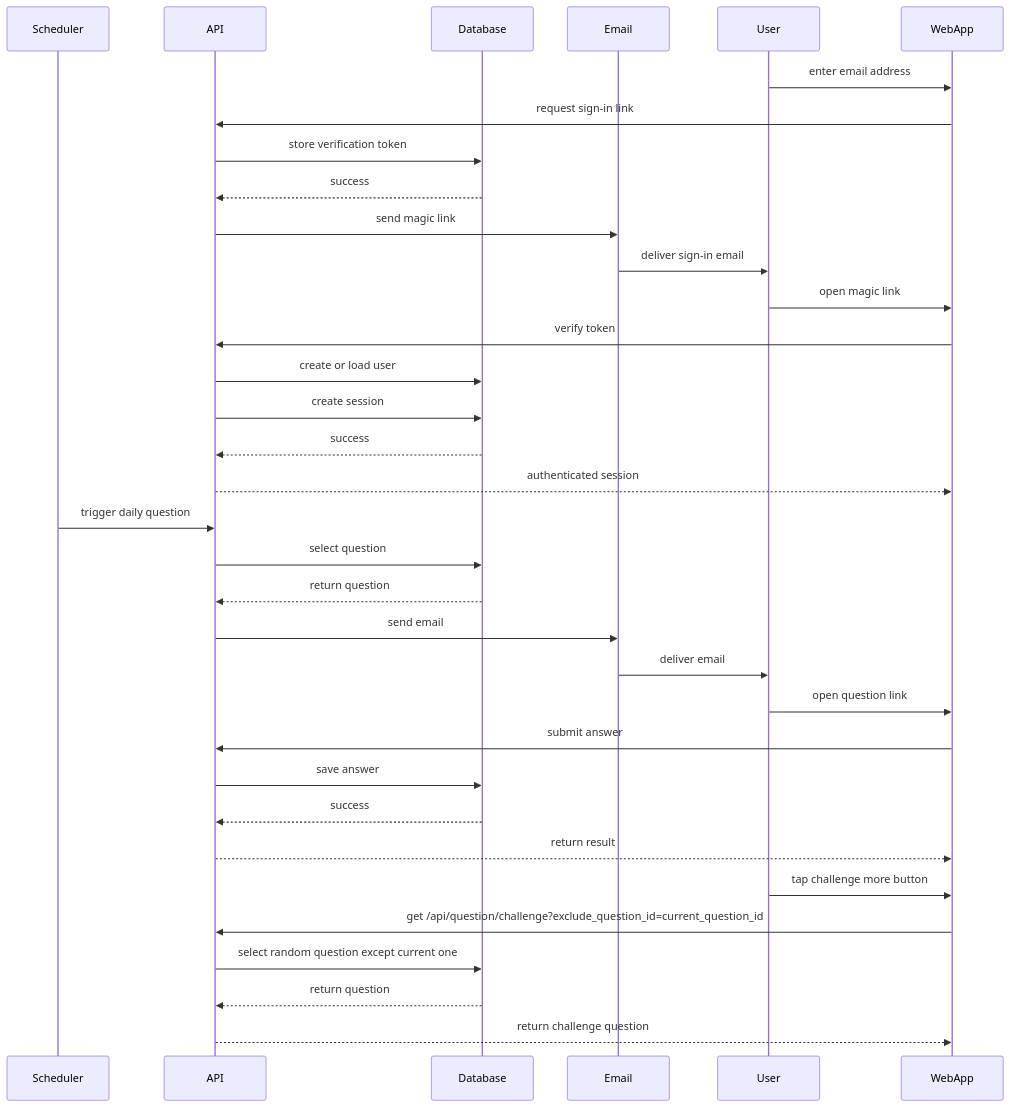
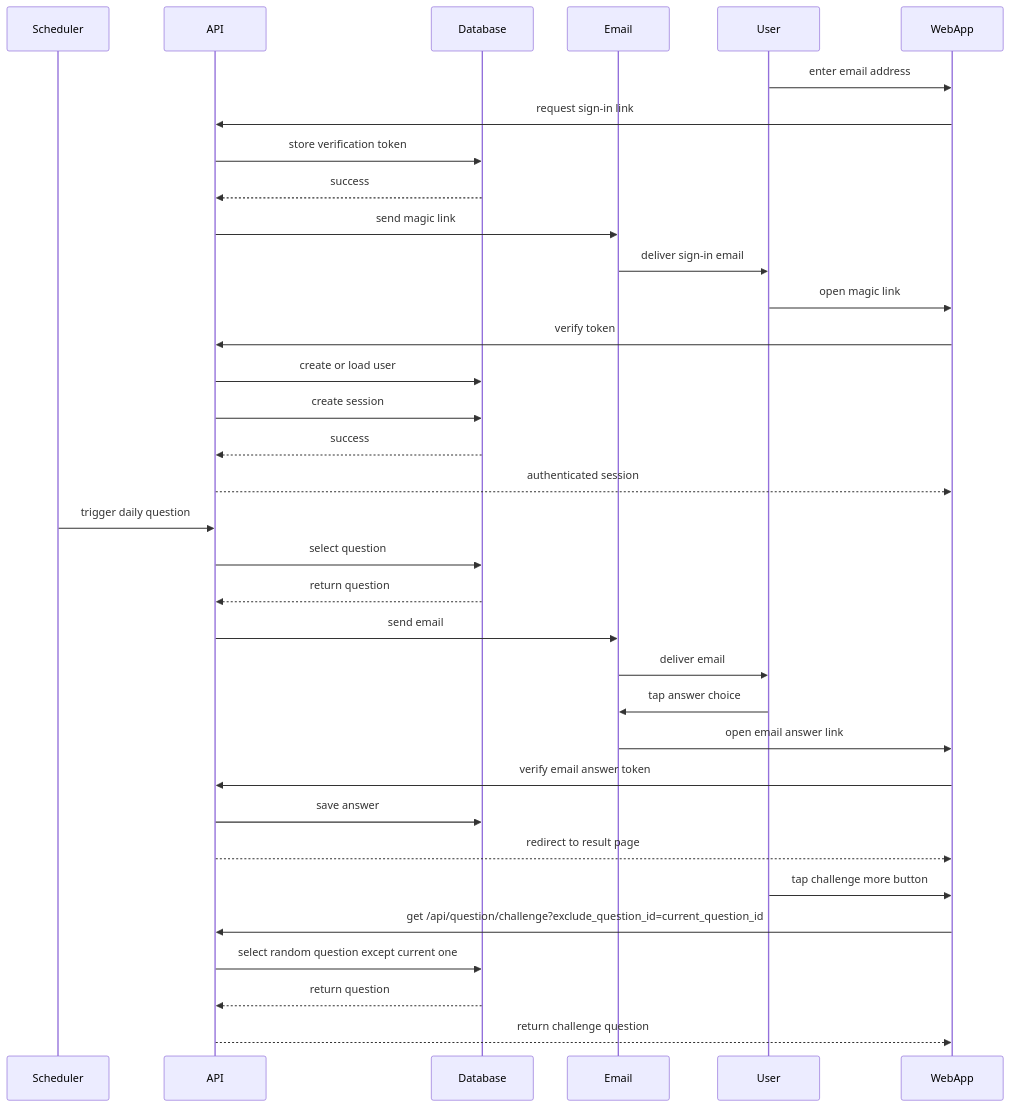
Before and after one commit to wwaaoonn/daily-study-app: the diagram in docs/sequence-diagram.md, drawn with Mermaid. The commit also changed 20 other files, not shown here.

````diff
--- a/docs/sequence-diagram.md
+++ b/docs/sequence-diagram.md
@@ -3,45 +3,43 @@
 ```mermaid
 sequenceDiagram
 
 participant Scheduler
 participant API
 participant Database
 participant Email
 participant User
 participant WebApp
 
 User->>WebApp: enter email address
 WebApp->>API: request sign-in link
 API->>Database: store verification token
 Database-->>API: success
 API->>Email: send magic link
 Email->>User: deliver sign-in email
 User->>WebApp: open magic link
 WebApp->>API: verify token
 API->>Database: create or load user
 API->>Database: create session
 Database-->>API: success
 API-->>WebApp: authenticated session
 
 Scheduler->>API: trigger daily question
 
 API->>Database: select question
 Database-->>API: return question
 
 API->>Email: send email
 Email->>User: deliver email
 
-User->>WebApp: open question link
+User->>Email: tap answer choice
+Email->>WebApp: open email answer link
+WebApp->>API: verify email answer token
+API->>Database: save answer
+API-->>WebApp: redirect to result page
 
-WebApp->>API: submit answer
-
-API->>Database: save answer
-Database-->>API: success
-
-API-->>WebApp: return result
 User->>WebApp: tap challenge more button
 WebApp->>API: get /api/question/challenge?exclude_question_id=current_question_id
 API->>Database: select random question except current one
 Database-->>API: return question
 API-->>WebApp: return challenge question
 ```
````
